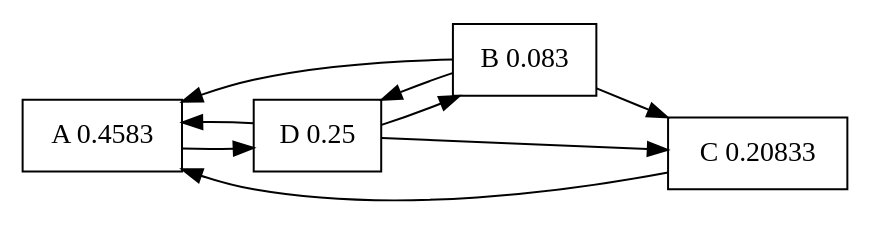
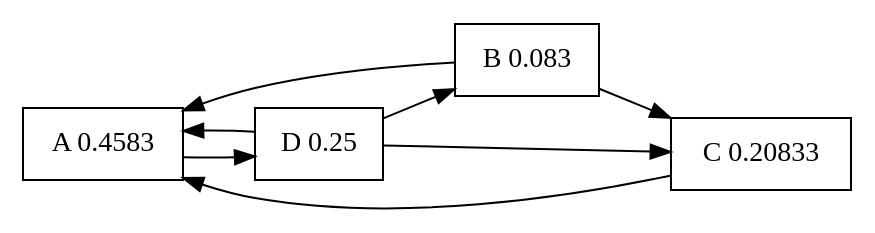
One commit to barakdiker123/PageRanking changed the second of 11 diagrams in presentation.org. Above: the diagram before and after it, drawn with Graphviz. The commit also changed other lines of this file and 14 other files, not shown here.

```diff
--- a/presentation.org
+++ b/presentation.org
@@ -71,20 +72,19 @@
-#+BEGIN_SRC dot :file another_example.png
+#+BEGIN_SRC dot :file another_example1.png
 digraph auth {
 rankdir=LR;
 node [shape=record];
 1 [label="A 0.4583 "]
 2 [label="B 0.083"]
 3 [label="C 0.20833"]
 4 [label="D 0.25"]
 2->1;
 2->3;
-2->4;
 3->1;
 4->1;
 4->2;
 4->3;
 1->4;
 
 
 }
 #+END_SRC
```
